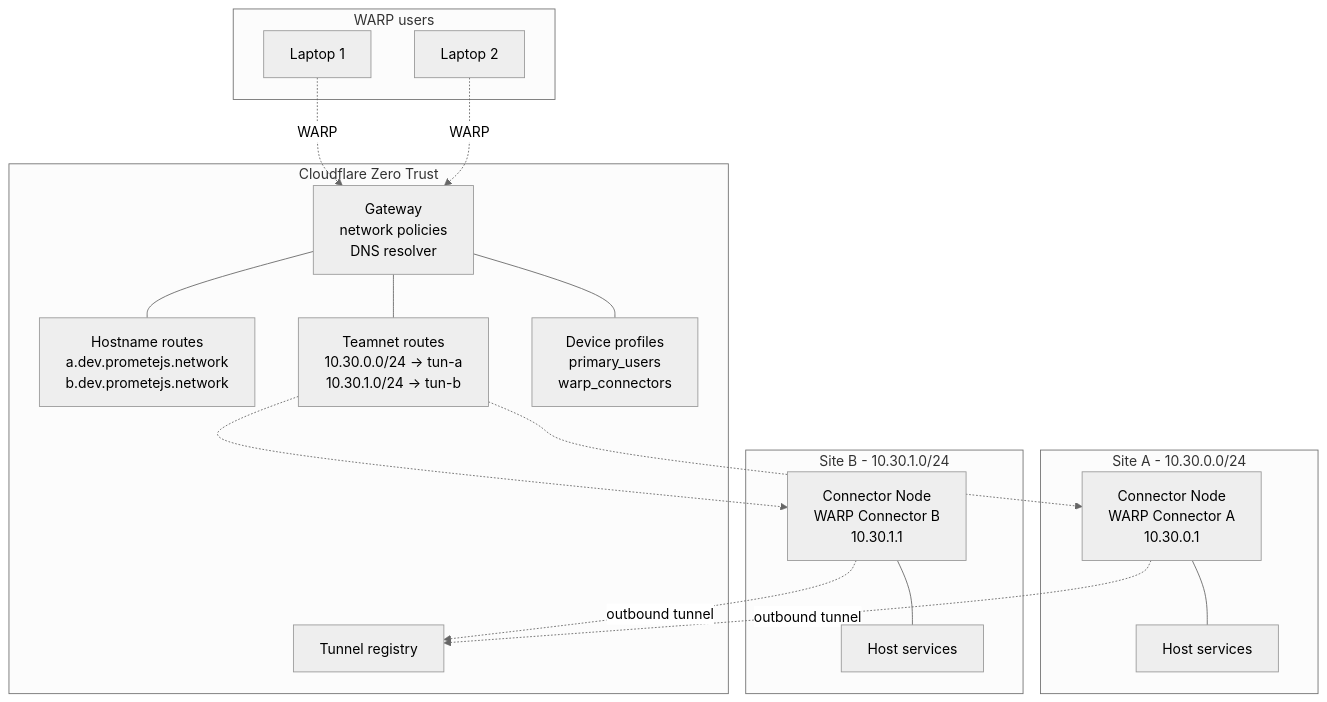
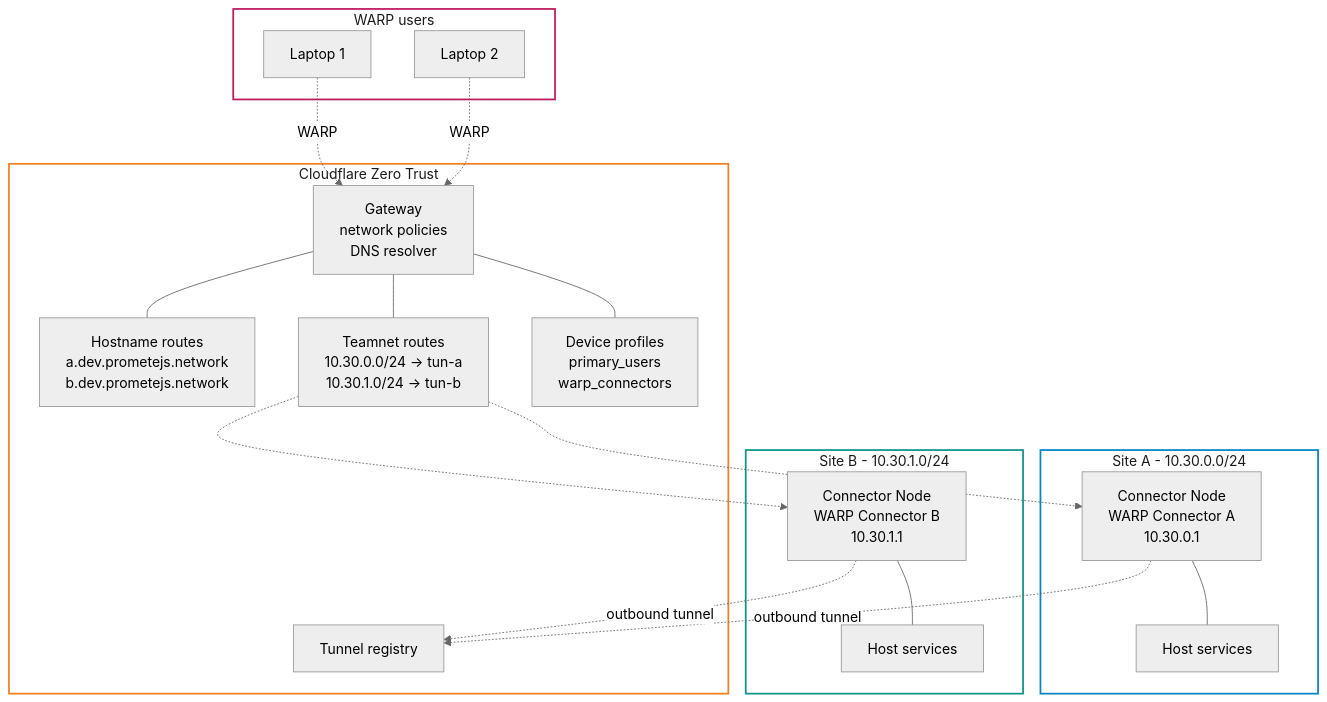
One commit to prometejs/cf-mesh-terraform-infra changed the second of 3 diagrams in README.md. Above: the diagram before and after it, drawn with Mermaid (neutral theme).

Commit message:
facelift

````diff
--- a/README.md
+++ b/README.md
@@ -40,37 +40,47 @@
 ```mermaid
 flowchart TB
     subgraph CF[Cloudflare Zero Trust]
         GW[Gateway<br/>network policies<br/>DNS resolver]
         TREG[Tunnel registry]
         HRR[Hostname routes<br/>a.dev.prometejs.network<br/>b.dev.prometejs.network]
         TRR[Teamnet routes<br/>10.30.0.0/24 → tun-a<br/>10.30.1.0/24 → tun-b]
         PROF[Device profiles<br/>primary_users<br/>warp_connectors]
     end
 
     subgraph SA[Site A - 10.30.0.0/24]
         CA[Connector Node<br/>WARP Connector A<br/>10.30.0.1]
         HOSTA[Host services]
         CA --- HOSTA
     end
 
     subgraph SB[Site B - 10.30.1.0/24]
         CB[Connector Node<br/>WARP Connector B<br/>10.30.1.1]
         HOSTB[Host services]
         CB --- HOSTB
     end
 
     subgraph USERS[WARP users]
         U1[Laptop 1]
         U2[Laptop 2]
     end
 
     CA -.outbound tunnel.-> TREG
     CB -.outbound tunnel.-> TREG
     U1 -.WARP.-> GW
     U2 -.WARP.-> GW
     GW --- PROF
     GW --- HRR
     GW --- TRR
     TRR -.-> CA
     TRR -.-> CB
+
+    classDef cfStyle fill:transparent,stroke:#f38020,stroke-width:2px,color:#1a1a1a
+    classDef siteAStyle fill:transparent,stroke:#0284c7,stroke-width:2px,color:#1a1a1a
+    classDef siteBStyle fill:transparent,stroke:#0d9488,stroke-width:2px,color:#1a1a1a
+    classDef usersStyle fill:transparent,stroke:#be185d,stroke-width:2px,color:#1a1a1a
+
+    class CF cfStyle
+    class SA siteAStyle
+    class SB siteBStyle
+    class USERS usersStyle
 ```
````
